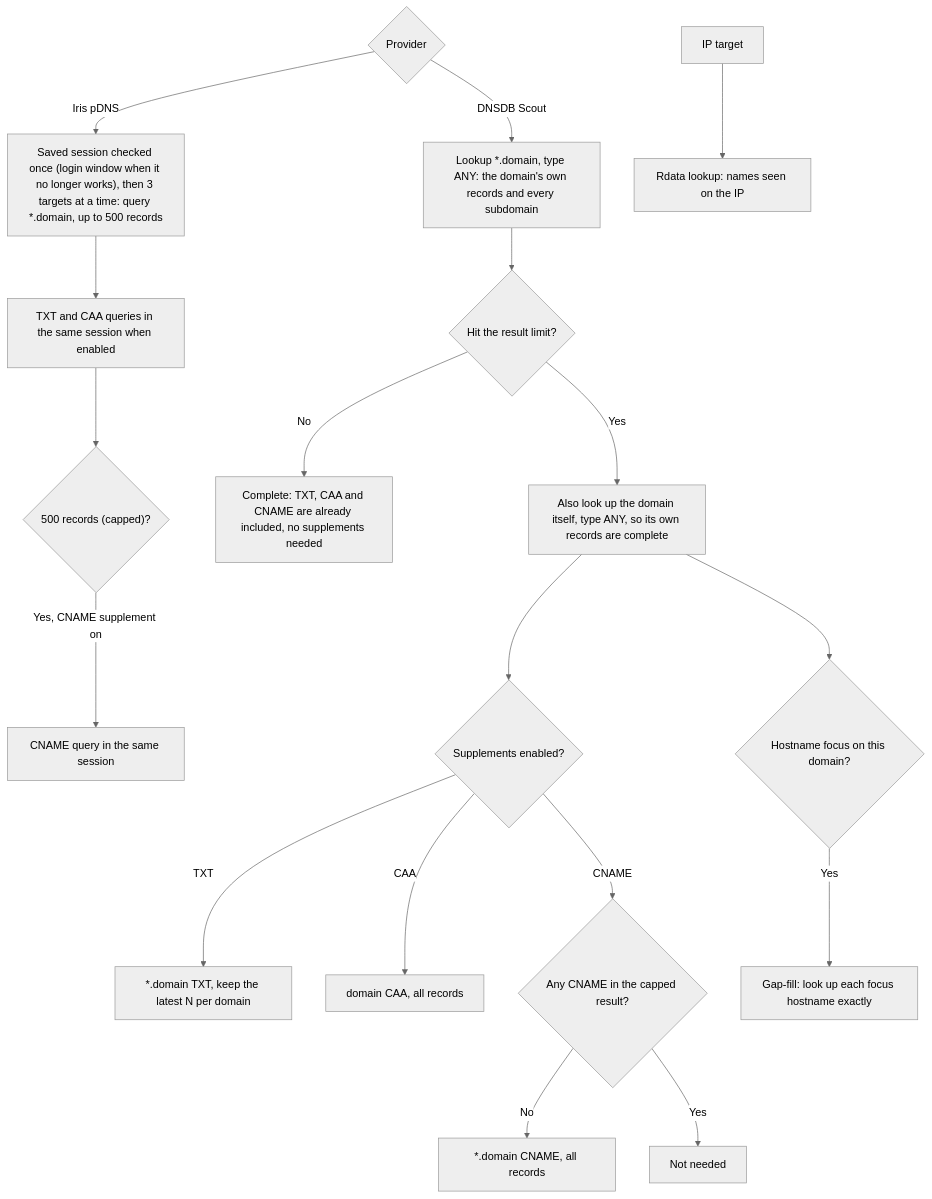
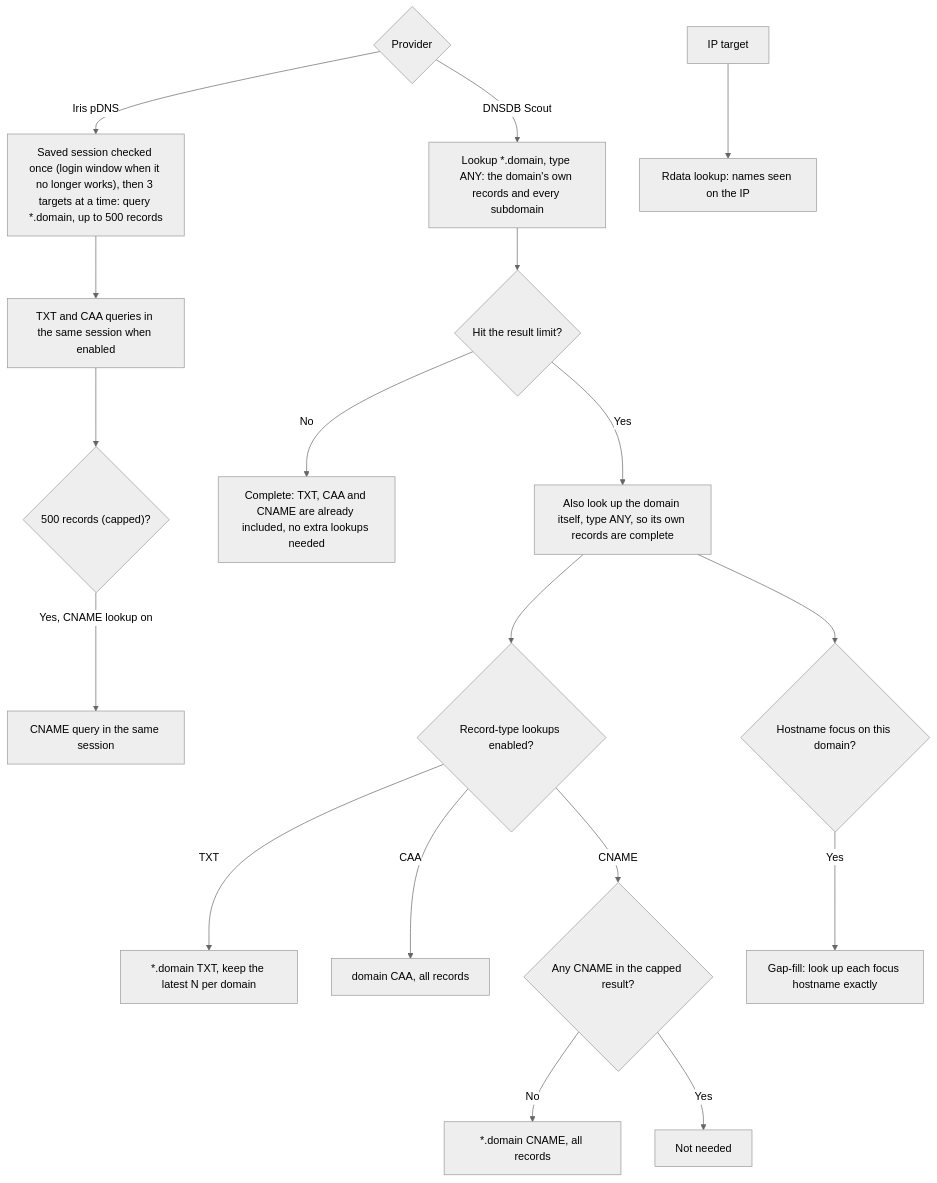
The fifth of 8 diagrams in docs/WORKFLOWS.md (mmesojedec/DomainTools_Analysis_Detection), drawn with Mermaid (neutral theme) before and after one commit. The commit also changed other lines of this file and 28 other files, not shown here.

````diff
--- a/docs/WORKFLOWS.md
+++ b/docs/WORKFLOWS.md
@@ -151,20 +151,20 @@
 ```mermaid
 flowchart TD
     A{"Provider"} -- "DNSDB Scout" --> B["Lookup *.domain, type ANY: the domain's own records and every subdomain"]
     A -- "Iris pDNS" --> I["Saved session checked once (login window when it no longer works), then 3 targets at a time: query *.domain, up to 500 records"]
     I --> I2["TXT and CAA queries in the same session when enabled"]
     I2 --> I3{"500 records (capped)?"}
-    I3 -- "Yes, CNAME supplement on" --> I4["CNAME query in the same session"]
+    I3 -- "Yes, CNAME lookup on" --> I4["CNAME query in the same session"]
     B --> C{"Hit the result limit?"}
-    C -- "No" --> D["Complete: TXT, CAA and CNAME are already included, no supplements needed"]
+    C -- "No" --> D["Complete: TXT, CAA and CNAME are already included, no extra lookups needed"]
     C -- "Yes" --> E["Also look up the domain itself, type ANY, so its own records are complete"]
-    E --> F{"Supplements enabled?"}
+    E --> F{"Record-type lookups enabled?"}
     F -- "TXT" --> G["*.domain TXT, keep the latest N per domain"]
     F -- "CAA" --> H["domain CAA, all records"]
     F -- "CNAME" --> CN{"Any CNAME in the capped result?"}
     CN -- "No" --> CN2["*.domain CNAME, all records"]
     CN -- "Yes" --> CN3["Not needed"]
     E --> K{"Hostname focus on this domain?"}
     K -- "Yes" --> L["Gap-fill: look up each focus hostname exactly"]
     IP["IP target"] --> IP2["Rdata lookup: names seen on the IP"]
 ```
````
